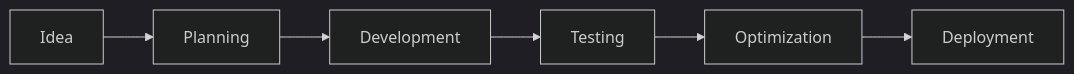
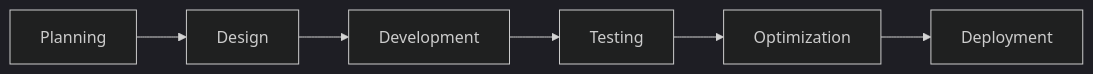
The diagram in README.md (ewitx-zax/M-dulo-3.4-), drawn with Mermaid (dark theme) before and after one commit. The commit also changed other lines of this file, not shown here.

````diff
--- a/README.md
+++ b/README.md
@@ -164,9 +175,9 @@
 ```mermaid
 flowchart LR
 
-A[Idea] --> B[Planning]
+A[Planning] --> B[Design]
 B --> C[Development]
 C --> D[Testing]
 D --> E[Optimization]
 E --> F[Deployment]
 ```
````
